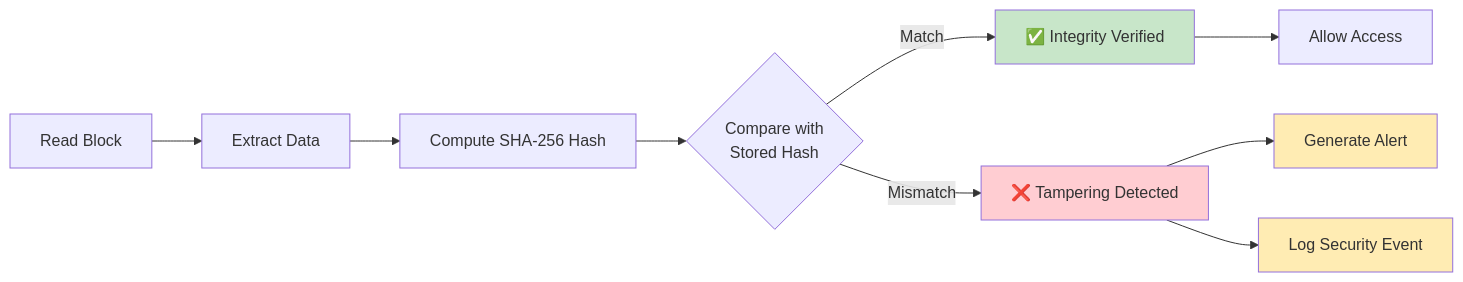
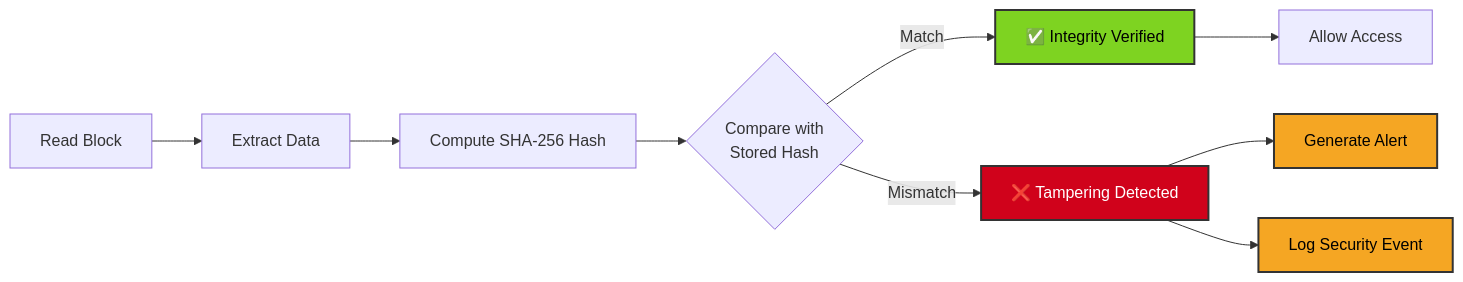
The fifth of 24 diagrams in SECURITY_SPECIFICATION.md (mbhatt1/maifscratch), drawn with Mermaid before and after one commit. The commit also changed other lines of this file, not shown here.

````diff
--- a/SECURITY_SPECIFICATION.md
+++ b/SECURITY_SPECIFICATION.md
@@ -287,16 +287,16 @@
 ```mermaid
 flowchart LR
     A[Read Block] --> B[Extract Data]
     B --> C[Compute SHA-256 Hash]
     C --> D{Compare with<br/>Stored Hash}
     D -->|Match| E[✅ Integrity Verified]
     D -->|Mismatch| F[❌ Tampering Detected]
     F --> G[Generate Alert]
     F --> H[Log Security Event]
     E --> I[Allow Access]
     
-    style E fill:#c8e6c9
-    style F fill:#ffcdd2
-    style G fill:#ffecb3
-    style H fill:#ffecb3
+    style E fill:#7ED321,stroke:#333,stroke-width:2px,color:#000
+    style F fill:#D0021B,stroke:#333,stroke-width:2px,color:#fff
+    style G fill:#F5A623,stroke:#333,stroke-width:2px,color:#000
+    style H fill:#F5A623,stroke:#333,stroke-width:2px,color:#000
 ```
````
